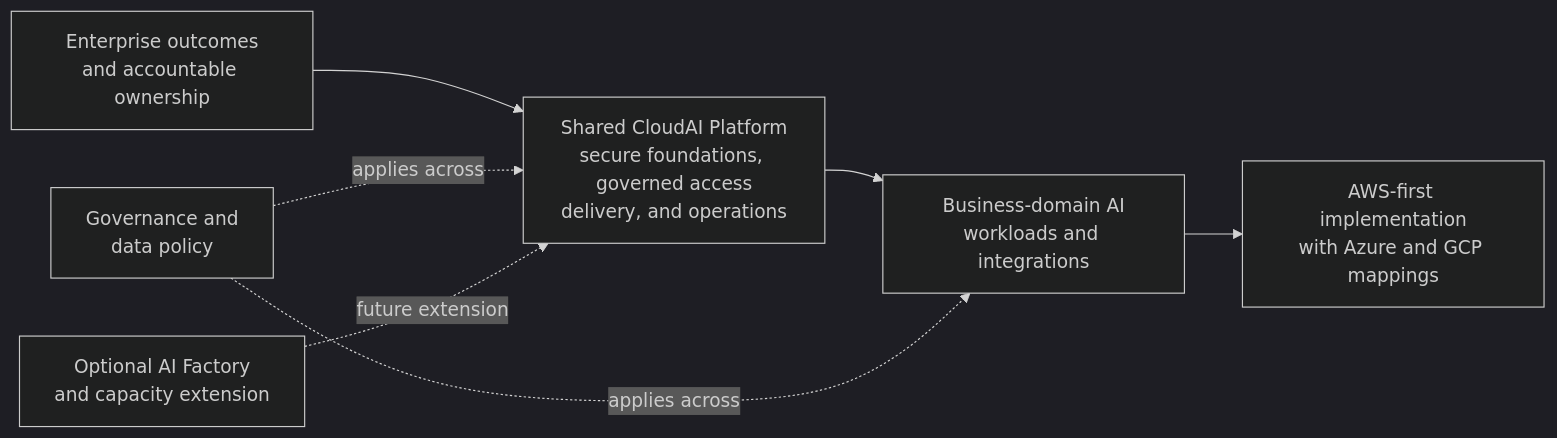
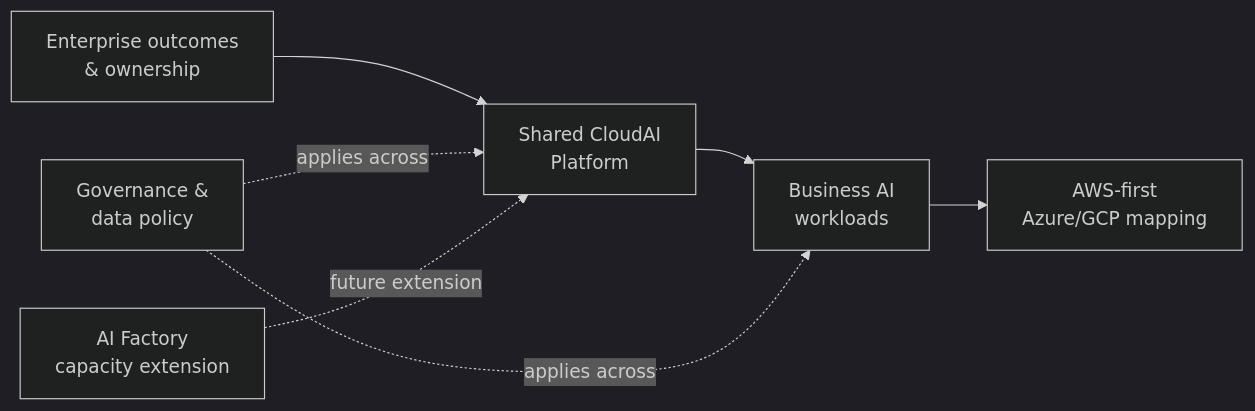
Before and after one commit to afaryy/cloudai-platform: the diagram in README.md, drawn with Mermaid (dark theme). The commit also changed 1 other file, not shown here.

Commit message:
docs: shorten architecture diagram labels

````diff
--- a/README.md
+++ b/README.md
@@ -15,14 +15,14 @@
 ```mermaid
 flowchart LR
-  context["Enterprise outcomes<br/>and accountable ownership"]
-  policy["Governance and<br/>data policy"]
-  platform["Shared CloudAI Platform<br/>secure foundations, governed access<br/>delivery, and operations"]
-  workloads["Business-domain AI<br/>workloads and integrations"]
-  providers["AWS-first implementation<br/>with Azure and GCP mappings"]
-  capacity["Optional AI Factory<br/>and capacity extension"]
+  context["Enterprise outcomes<br/>& ownership"]
+  policy["Governance &<br/>data policy"]
+  platform["Shared CloudAI<br/>Platform"]
+  workloads["Business AI<br/>workloads"]
+  providers["AWS-first<br/>Azure/GCP mapping"]
+  capacity["AI Factory<br/>capacity extension"]
 
   context --> platform --> workloads --> providers
   policy -. "applies across" .-> platform
   policy -. "applies across" .-> workloads
   capacity -. "future extension" .-> platform
 ```
````
